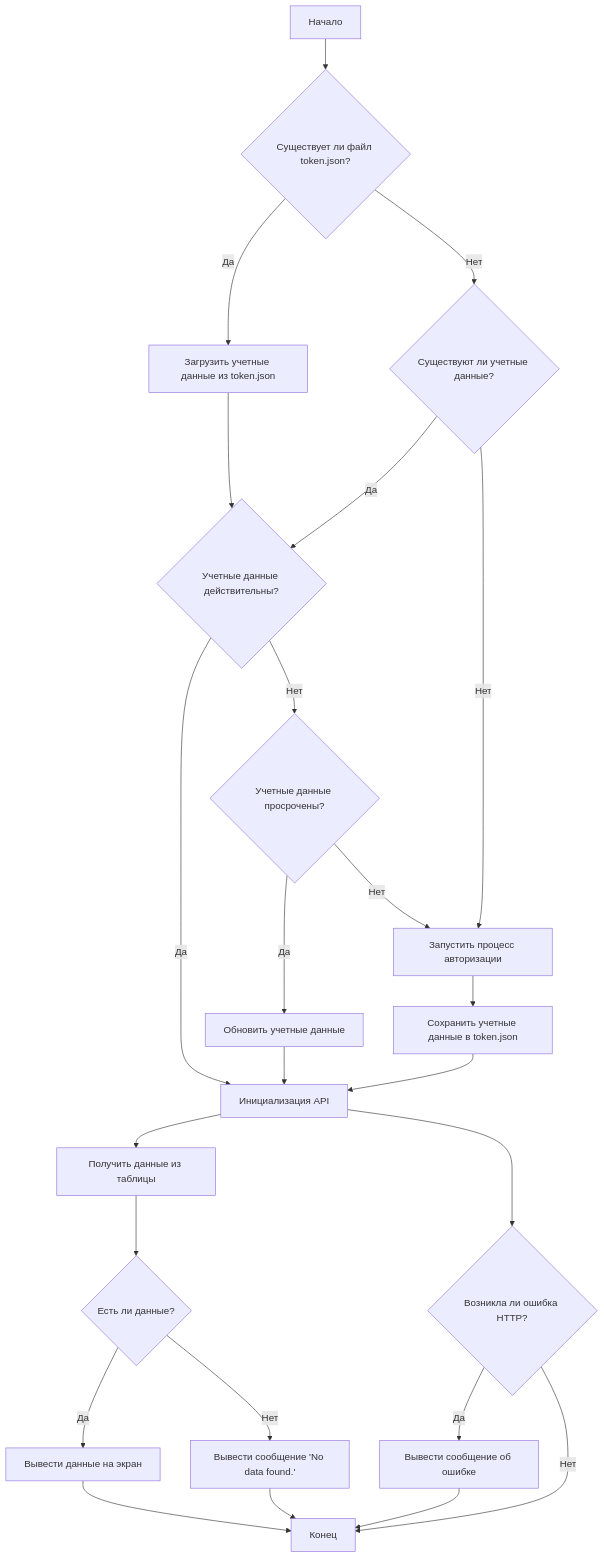
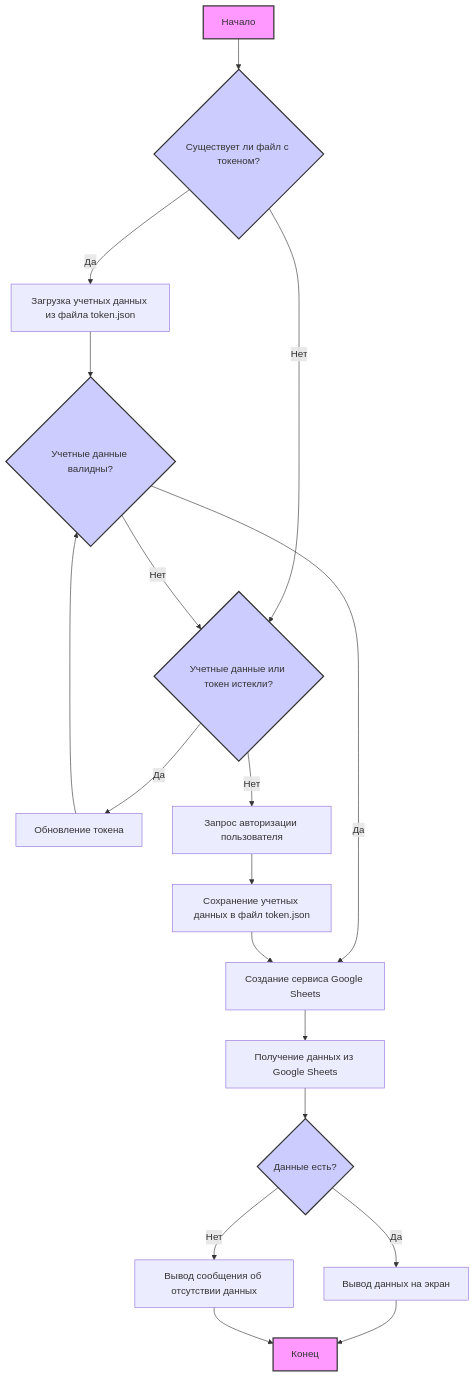
Before and after one commit to hypo69/hypo: the second of 3 diagrams in docs/gemini/ru/explainer/src/goog/spreadsheet/_examples/google_sample.py.md, drawn with Mermaid. The commit also changed other lines of this file and 596 other files, not shown here.

````diff
--- a/docs/gemini/ru/explainer/src/goog/spreadsheet/_examples/google_sample.py.md
+++ b/docs/gemini/ru/explainer/src/goog/spreadsheet/_examples/google_sample.py.md
@@ -37,27 +34,29 @@
 ```mermaid
 graph TD
-    A[Начало] --> B{Существует ли файл token.json?};
-    B -- Да --> C[Загрузить учетные данные из token.json];
-    B -- Нет --> D{Существуют ли учетные данные?};
-    C --> E{Учетные данные действительны?};
-    D -- Да --> E;
-    D -- Нет --> F[Запустить процесс авторизации];
-    E -- Да --> G[Инициализация API];
-     E -- Нет --> H{Учетные данные просрочены?};
-    H -- Да --> I[Обновить учетные данные];
-    H -- Нет --> F
-    I --> G
-    F --> J[Сохранить учетные данные в token.json];
-    J --> G;
+    A[Начало] --> B{Существует ли файл с токеном?};
+    B -- Да --> C[Загрузка учетных данных из файла token.json];
+    B -- Нет --> D{Учетные данные или токен истекли?};
+    C --> E{Учетные данные валидны?};
+    E -- Да --> H[Создание сервиса Google Sheets];
+    E -- Нет --> D;
+    D -- Да --> F[Обновление токена];
+    D -- Нет --> G[Запрос авторизации пользователя];
+    F --> E;
+    G --> I[Сохранение учетных данных в файл token.json];
+    I --> H;
+    H --> J[Получение данных из Google Sheets];
+    J --> K{Данные есть?};
+    K -- Да --> L[Вывод данных на экран];
+    K -- Нет --> M[Вывод сообщения об отсутствии данных];
+    L --> N[Конец];
+    M --> N;
 
-    G --> K[Получить данные из таблицы];
-    K --> L{Есть ли данные?};
-    L -- Да --> M[Вывести данные на экран];
-    L -- Нет --> N[Вывести сообщение 'No data found.'];
-    M --> O[Конец];
-     N --> O
-     G --> P{Возникла ли ошибка HTTP?};
-    P -- Да --> Q[Вывести сообщение об ошибке];
-    P -- Нет --> O;
-    Q -->O
+   
+    style A fill:#f9f,stroke:#333,stroke-width:2px
+    style N fill:#f9f,stroke:#333,stroke-width:2px
+    style B fill:#ccf,stroke:#333,stroke-width:2px
+    style D fill:#ccf,stroke:#333,stroke-width:2px
+    style E fill:#ccf,stroke:#333,stroke-width:2px
+    style K fill:#ccf,stroke:#333,stroke-width:2px
+
 ```
````
